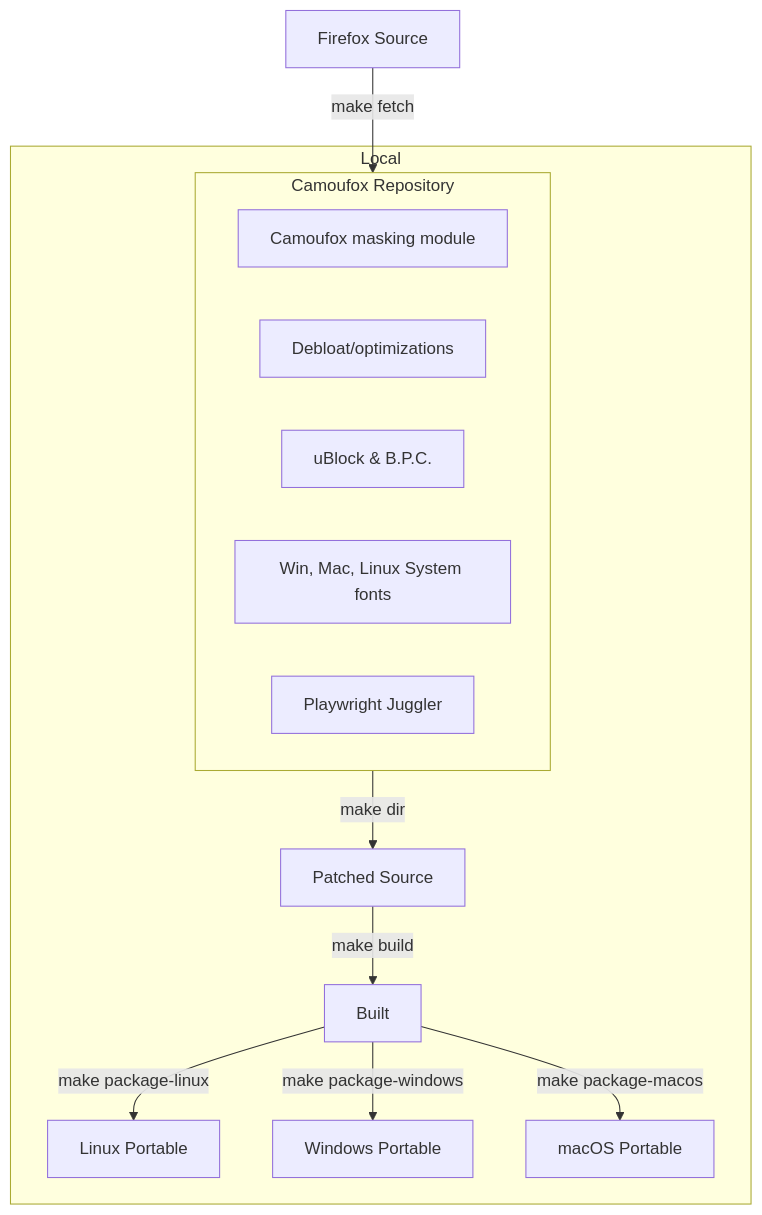
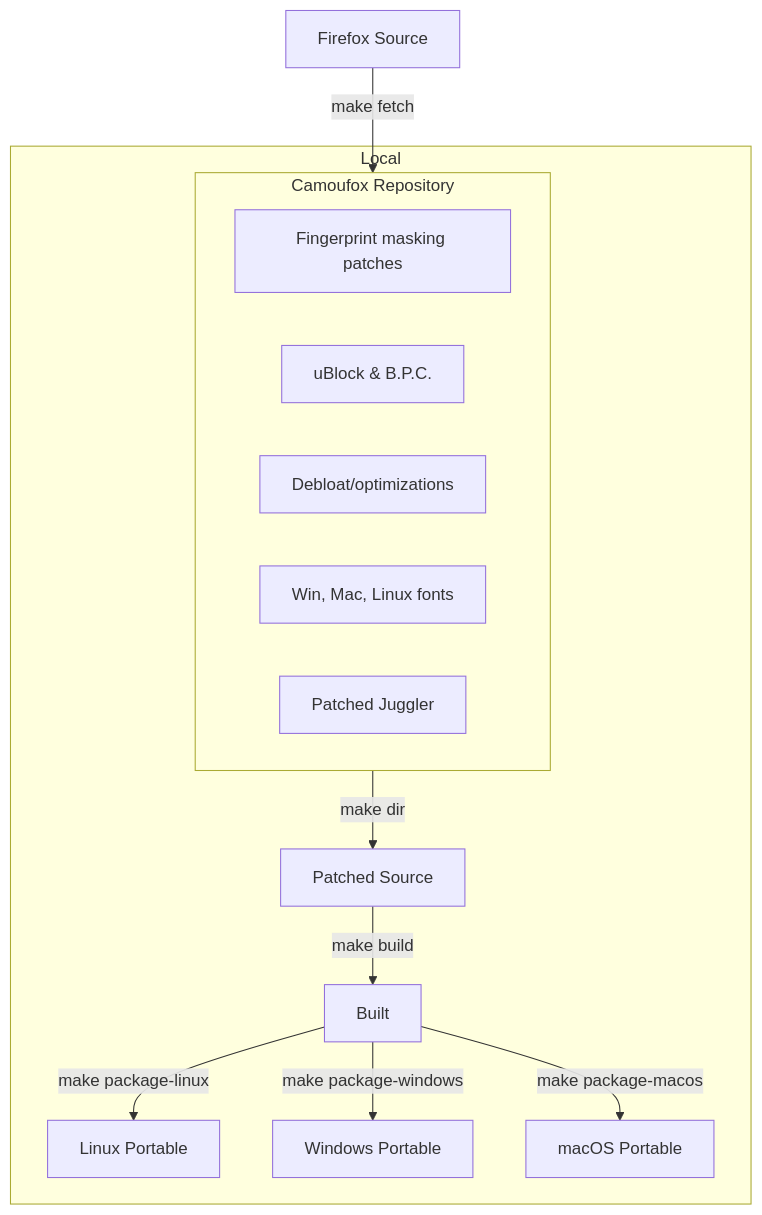
The diagram in README.md (daijro/camoufox), drawn with Mermaid before and after one commit. The commit also changed other lines of this file and 8 other files, not shown here.

````diff
--- a/README.md
+++ b/README.md
@@ -332,20 +361,20 @@
 ```mermaid
 graph TD
     FFSRC[Firefox Source] -->|make fetch| REPO
 
     subgraph REPO[Camoufox Repository]
-        MASKING[Camoufox masking module]
-        PATCHES[Debloat/optimizations]
+        PATCHES[Fingerprint masking patches]
         ADDONS[uBlock & B.P.C.]
-        SYSTEM_FONTS[Win, Mac, Linux System fonts]
-        JUGGLER[Playwright Juggler]
+        DEBLOAT[Debloat/optimizations]
+        SYSTEM_FONTS[Win, Mac, Linux fonts]
+        JUGGLER[Patched Juggler]
     end
 
     subgraph Local
     REPO -->|make dir| PATCH[Patched Source]
     PATCH -->|make build| BUILD[Built]
     BUILD -->|make package-linux| LINUX[Linux Portable]
     BUILD -->|make package-windows| WIN[Windows Portable]
     BUILD -->|make package-macos| MAC[macOS Portable]
     end
 ```
````
